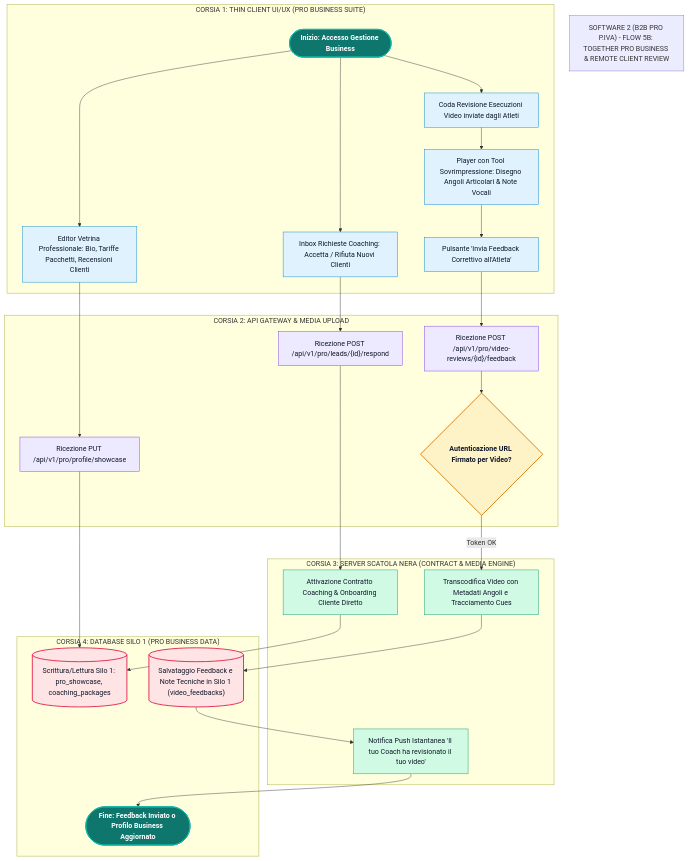
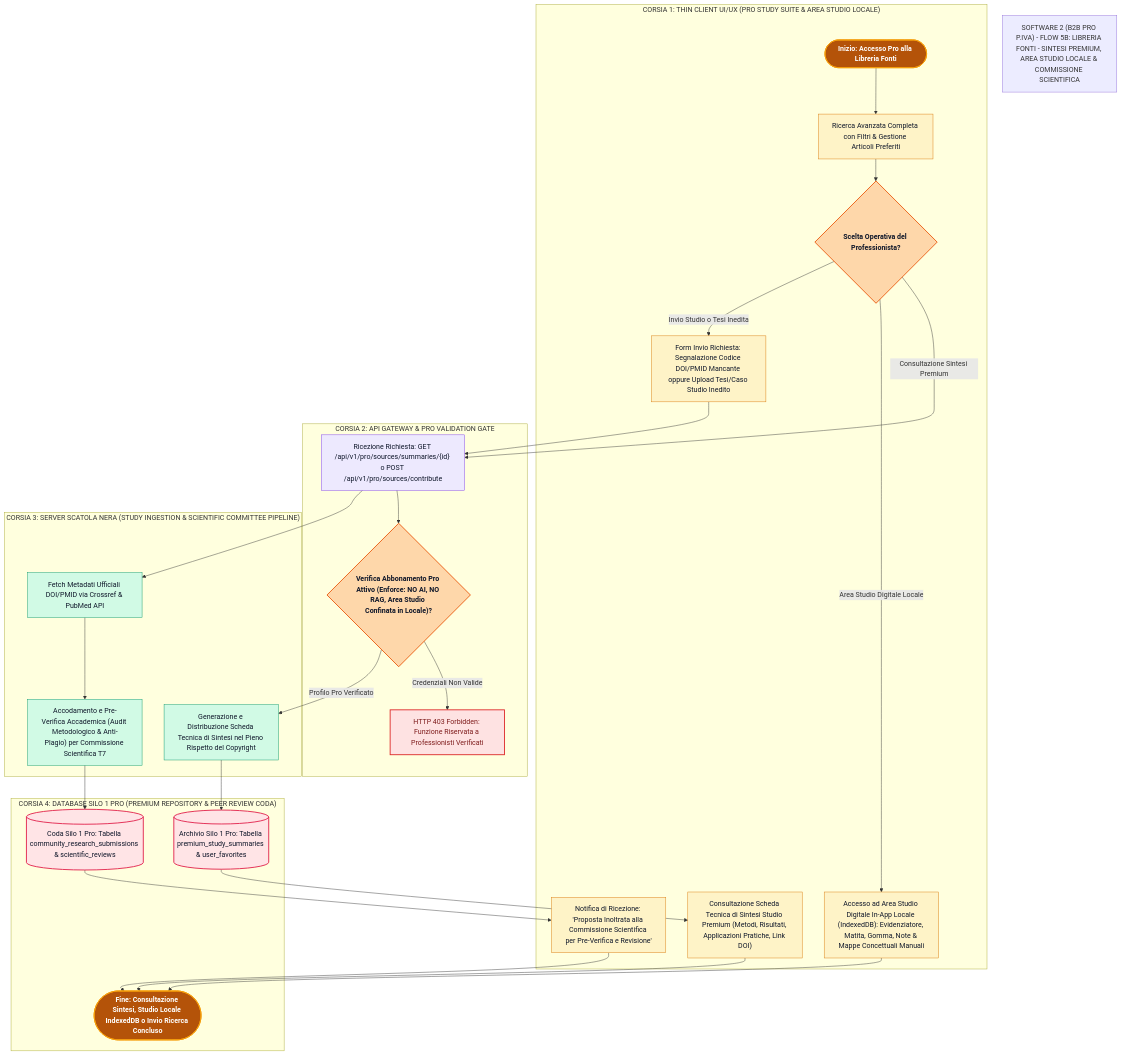
The diagram in architecture-blueprint/02-miro-zones-and-swimlanes/18-flowcharts/software-2-pro-b2b/flow-5b-together-pro-business.mmd (sportscience2025-star/Sports-Analytics-Platform---T7-Workout-APP), drawn with Mermaid before and after one commit. The commit also changed 9 other files, not shown here.

Commit message:
feat: reorganize Libreria Fonti Miro flows (#05, #11, #17), specs, and registry

```diff
--- a/architecture-blueprint/02-miro-zones-and-swimlanes/18-flowcharts/software-2-pro-b2b/flow-5b-together-pro-business.mmd
+++ b/architecture-blueprint/02-miro-zones-and-swimlanes/18-flowcharts/software-2-pro-b2b/flow-5b-together-pro-business.mmd
@@ -1,47 +1,53 @@
 flowchart TD
-    classDef startend fill:#0f766e,stroke:#14b8a6,stroke-width:2px,color:#ffffff,font-weight:bold;
-    classDef client fill:#e0f2fe,stroke:#0284c7,stroke-width:1px,color:#0f172a;
-    classDef decision fill:#fef3c7,stroke:#d97706,stroke-width:2px,color:#0f172a,font-weight:bold;
+    classDef startend fill:#b45309,stroke:#f59e0b,stroke-width:2px,color:#ffffff,font-weight:bold;
+    classDef client fill:#fef3c7,stroke:#d97706,stroke-width:1px,color:#0f172a;
+    classDef decision fill:#fed7aa,stroke:#ea580c,stroke-width:2px,color:#0f172a,font-weight:bold;
     classDef gateway fill:#ede9fe,stroke:#7c3aed,stroke-width:1px,color:#0f172a;
     classDef server fill:#d1fae5,stroke:#059669,stroke-width:1px,color:#0f172a;
     classDef db fill:#ffe4e6,stroke:#e11d48,stroke-width:2px,color:#0f172a;
     classDef error fill:#fee2e2,stroke:#dc2626,stroke-width:2px,color:#7f1d1d;
 
-    TITLE["SOFTWARE 2 (B2B PRO P.IVA) - FLOW 5B: TOGETHER PRO BUSINESS & REMOTE CLIENT REVIEW"]
+    TITLE["SOFTWARE 2 (B2B PRO P.IVA) - FLOW 5B: LIBRERIA FONTI - SINTESI PREMIUM, AREA STUDIO LOCALE & COMMISSIONE SCIENTIFICA"]
 
-    subgraph LANE_CLIENT["CORSIA 1: THIN CLIENT UI/UX (PRO BUSINESS SUITE)"]
-        START(["Inizio: Accesso Gestione Business"]):::startend
-        PROFILE_EDITOR["Editor Vetrina Professionale: Bio, Tariffe Pacchetti, Recensioni Clienti"]:::client
-        INBOX_LEADS["Inbox Richieste Coaching: Accetta / Rifiuta Nuovi Clienti"]:::client
-        VIDEO_REVIEW_QUEUE["Coda Revisione Esecuzioni Video inviate dagli Atleti"]:::client
-        VIDEO_CANVAS["Player con Tool Sovrimpressione: Disegno Angoli Articolari & Note Vocali"]:::client
-        SEND_FEEDBACK_BTN["Pulsante 'Invia Feedback Correttivo all'Atleta'"]:::client
+    subgraph LANE_CLIENT["CORSIA 1: THIN CLIENT UI/UX (PRO STUDY SUITE & AREA STUDIO LOCALE)"]
+        START(["Inizio: Accesso Pro alla Libreria Fonti"]):::startend
+        PRO_SEARCH["Ricerca Avanzata Completa con Filtri & Gestione Articoli Preferiti"]:::client
+        DEC_ACTION_TYPE{"Scelta Operativa del Professionista?"}:::decision
+        VIEW_SYNTHESIS["Consultazione Scheda Tecnica di Sintesi Studio Premium (Metodi, Risultati, Applicazioni Pratiche, Link DOI)"]:::client
+        LOCAL_STUDY_AREA["Accesso ad Area Studio Digitale In-App Locale (IndexedDB): Evidenziatore, Matita, Gomma, Note & Mappe Concettuali Manuali"]:::client
+        PROPOSE_STUDY["Form Invio Richiesta: Segnalazione Codice DOI/PMID Mancante oppure Upload Tesi/Caso Studio Inedito"]:::client
+        ALERT_COMMISSION["Notifica di Ricezione: 'Proposta Inoltrata alla Commissione Scientifica per Pre-Verifica e Revisione'"]:::client
     end
 
-    subgraph LANE_GATEWAY["CORSIA 2: API GATEWAY & MEDIA UPLOAD"]
-        GW_SAVE_PROFILE["Ricezione PUT /api/v1/pro/profile/showcase"]:::gateway
-        GW_HANDLE_LEAD["Ricezione POST /api/v1/pro/leads/{id}/respond"]:::gateway
-        GW_MEDIA_FEEDBACK["Ricezione POST /api/v1/pro/video-reviews/{id}/feedback"]:::gateway
-        GW_MEDIA_AUTH{"Autenticazione URL Firmato per Video?"}:::decision
+    subgraph LANE_GATEWAY["CORSIA 2: API GATEWAY & PRO VALIDATION GATE"]
+        GW_INGEST_REQ["Ricezione Richiesta: GET /api/v1/pro/sources/summaries/{id} o POST /api/v1/pro/sources/contribute"]:::gateway
+        GW_VALIDATE_PRO{"Verifica Abbonamento Pro Attivo (Enforce: NO AI, NO RAG, Area Studio Confinata in Locale)?"}:::decision
+        GW_ERR_DENIED["HTTP 403 Forbidden: Funzione Riservata a Professionisti Verificati"]:::error
     end
 
-    subgraph LANE_SERVER["CORSIA 3: SERVER SCATOLA NERA (CONTRACT & MEDIA ENGINE)"]
-        SRV_CONTRACT_BIND["Attivazione Contratto Coaching & Onboarding Cliente Diretto"]:::server
-        SRV_TRANSCODE["Transcodifica Video con Metadati Angoli e Tracciamento Cues"]:::server
-        SRV_NOTIF_DISPATCH["Notifica Push Istantanea 'Il tuo Coach ha revisionato il tuo video'"]:::server
+    subgraph LANE_SERVER["CORSIA 3: SERVER SCATOLA NERA (STUDY INGESTION & SCIENTIFIC COMMITTEE PIPELINE)"]
+        SRV_FETCH_DOI["Fetch Metadati Ufficiali DOI/PMID via Crossref & PubMed API"]:::server
+        SRV_GEN_SYNTHESIS["Generazione e Distribuzione Scheda Tecnica di Sintesi nel Pieno Rispetto del Copyright"]:::server
+        SRV_COMMISSION_QUEUE["Accodamento e Pre-Verifica Accademica (Audit Metodologico & Anti-Plagio) per Commissione Scientifica T7"]:::server
     end
 
-    subgraph LANE_DB["CORSIA 4: DATABASE SILO 1 (PRO BUSINESS DATA)"]
-        DB_PRO_PROFILE[("Scrittura/Lettura Silo 1: pro_showcase, coaching_packages")]:::db
-        DB_VIDEO_REVIEWS[("Salvataggio Feedback e Note Tecniche in Silo 1 (video_feedbacks)")]:::db
-        END_BIZ_DONE(["Fine: Feedback Inviato o Profilo Business Aggiornato"]):::startend
+    subgraph LANE_DB["CORSIA 4: DATABASE SILO 1 PRO (PREMIUM REPOSITORY & PEER REVIEW CODA)"]
+        DB_FETCH_SUMMARIES[("Archivio Silo 1 Pro: Tabella premium_study_summaries & user_favorites")]:::db
+        DB_QUEUE_COMMISSION[("Coda Silo 1 Pro: Tabella community_research_submissions & scientific_reviews")]:::db
+        END_FLOW(["Fine: Consultazione Sintesi, Studio Locale IndexedDB o Invio Ricerca Concluso"]):::startend
     end
 
-    %% Flussi
-    START --> PROFILE_EDITOR --> GW_SAVE_PROFILE --> DB_PRO_PROFILE
-    START --> INBOX_LEADS --> GW_HANDLE_LEAD --> SRV_CONTRACT_BIND --> DB_PRO_PROFILE
+    %% Connessioni di flusso
+    START --> PRO_SEARCH --> DEC_ACTION_TYPE
+    DEC_ACTION_TYPE -- Consultazione Sintesi Premium --> GW_INGEST_REQ
+    DEC_ACTION_TYPE -- Area Studio Digitale Locale --> LOCAL_STUDY_AREA --> END_FLOW
+    DEC_ACTION_TYPE -- Invio Studio o Tesi Inedita --> PROPOSE_STUDY
 
-    START --> VIDEO_REVIEW_QUEUE --> VIDEO_CANVAS --> SEND_FEEDBACK_BTN
-    SEND_FEEDBACK_BTN --> GW_MEDIA_FEEDBACK --> GW_MEDIA_AUTH
-    GW_MEDIA_AUTH -- Token OK --> SRV_TRANSCODE --> DB_VIDEO_REVIEWS
-    DB_VIDEO_REVIEWS --> SRV_NOTIF_DISPATCH --> END_BIZ_DONE
+    GW_INGEST_REQ --> GW_VALIDATE_PRO
+    GW_VALIDATE_PRO -- Credenziali Non Valide --> GW_ERR_DENIED
+    GW_VALIDATE_PRO -- Profilo Pro Verificato --> SRV_GEN_SYNTHESIS
+    SRV_GEN_SYNTHESIS --> DB_FETCH_SUMMARIES --> VIEW_SYNTHESIS --> END_FLOW
+
+    PROPOSE_STUDY --> GW_INGEST_REQ
+    GW_INGEST_REQ --> SRV_FETCH_DOI --> SRV_COMMISSION_QUEUE
+    SRV_COMMISSION_QUEUE --> DB_QUEUE_COMMISSION --> ALERT_COMMISSION --> END_FLOW
```
